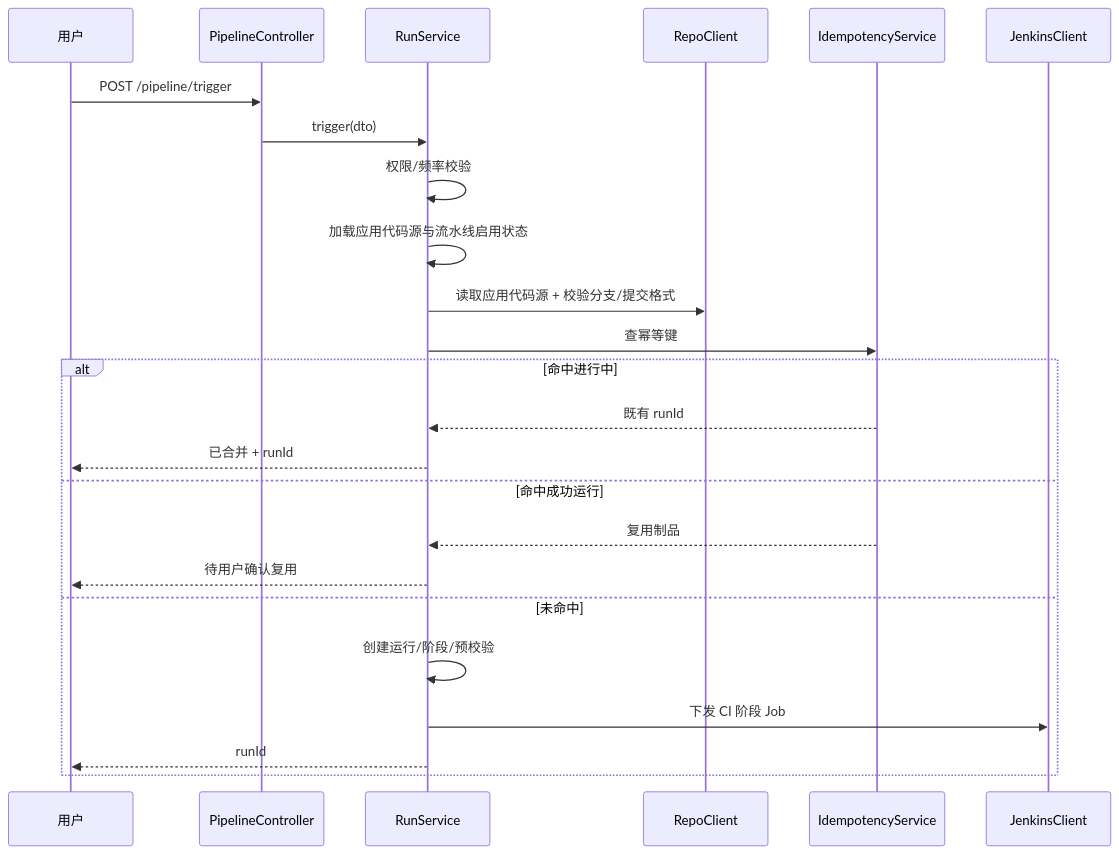
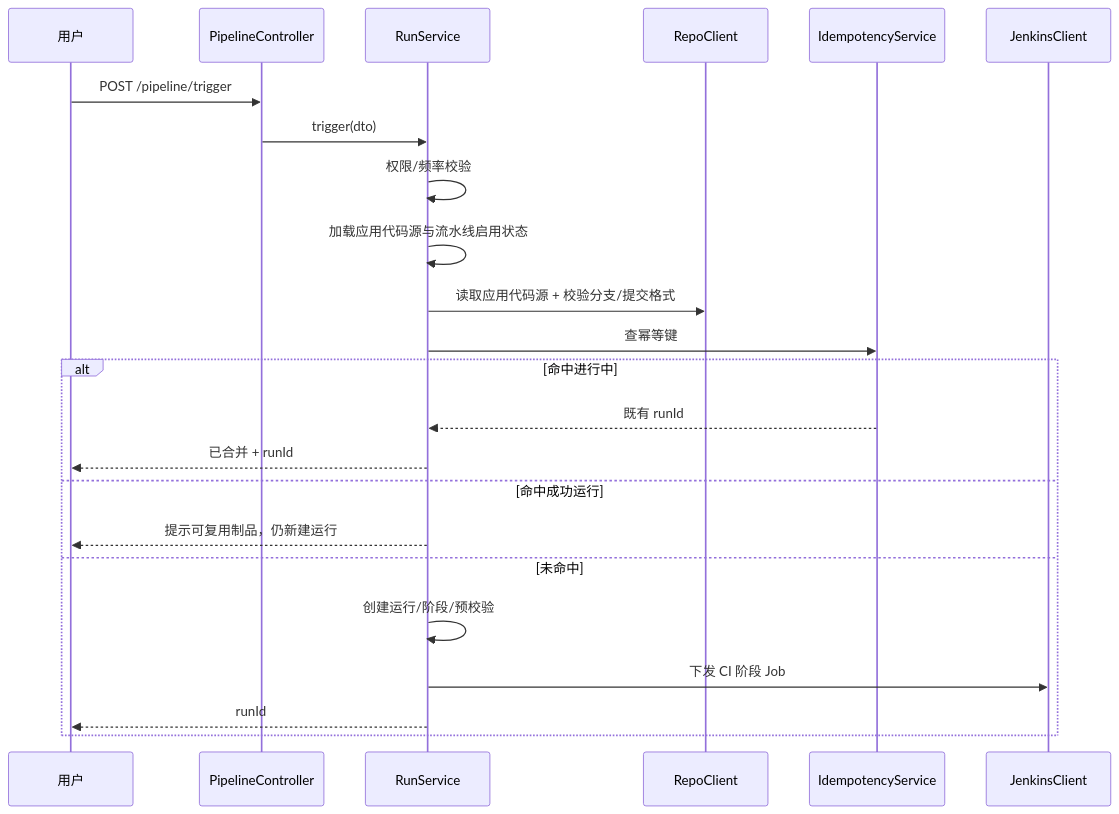
One commit to hguanchao/Ferry changed the third of 5 diagrams in docs/开发设计文档.md. Above: the diagram before and after it, drawn with Mermaid. The commit also changed other lines of this file and 27 other files, not shown here.

````diff
--- a/docs/开发设计文档.md
+++ b/docs/开发设计文档.md
@@ -1808,26 +1810,25 @@
 ```mermaid
 sequenceDiagram
     participant U as 用户
     participant C as PipelineController
     participant S as RunService
     participant R as RepoClient
     participant K as IdempotencyService
     participant J as JenkinsClient
     U->>C: POST /pipeline/trigger
     C->>S: trigger(dto)
     S->>S: 权限/频率校验
     S->>S: 加载应用代码源与流水线启用状态
     S->>R: 读取应用代码源 + 校验分支/提交格式
     S->>K: 查幂等键
     alt 命中进行中
         K-->>S: 既有 runId
         S-->>U: 已合并 + runId
     else 命中成功运行
-        K-->>S: 复用制品
-        S-->>U: 待用户确认复用
+        S-->>U: 提示可复用制品，仍新建运行
     else 未命中
         S->>S: 创建运行/阶段/预校验
         S->>J: 下发 CI 阶段 Job
         S-->>U: runId
     end
 ```
````
